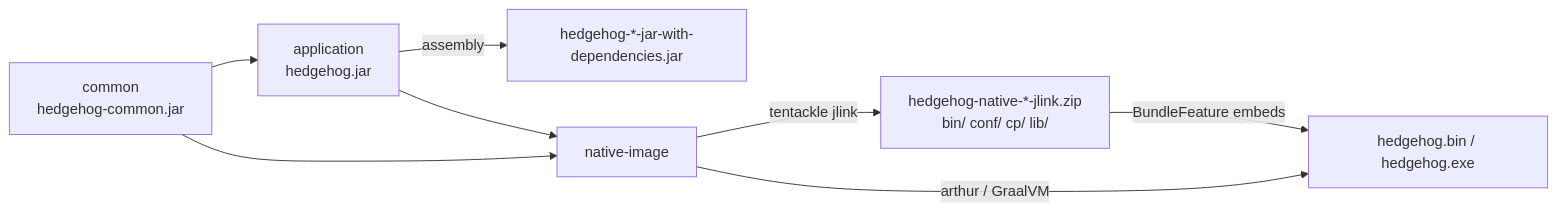
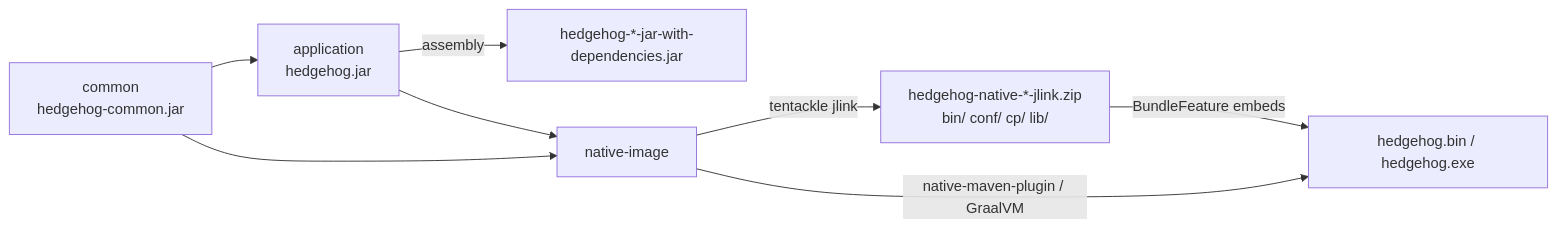
The first of 4 diagrams in documentation/build-and-native-image.md (unigrid-project/hedgehog), drawn with Mermaid before and after one commit. The commit also changed other lines of this file and 4 other files, not shown here.

````diff
--- a/documentation/build-and-native-image.md
+++ b/documentation/build-and-native-image.md
@@ -66,10 +63,10 @@
 ```mermaid
 flowchart LR
     C[common<br/>hedgehog-common.jar] --> A[application<br/>hedgehog.jar]
     A -->|assembly| FAT[hedgehog-*-jar-with-dependencies.jar]
     A --> N[native-image]
     C --> N
     N -->|tentackle jlink| Z[hedgehog-native-*-jlink.zip<br/>bin/ conf/ cp/ lib/]
     Z -->|BundleFeature embeds| B[hedgehog.bin / hedgehog.exe]
-    N -->|arthur / GraalVM| B
+    N -->|native-maven-plugin / GraalVM| B
 ```
````
